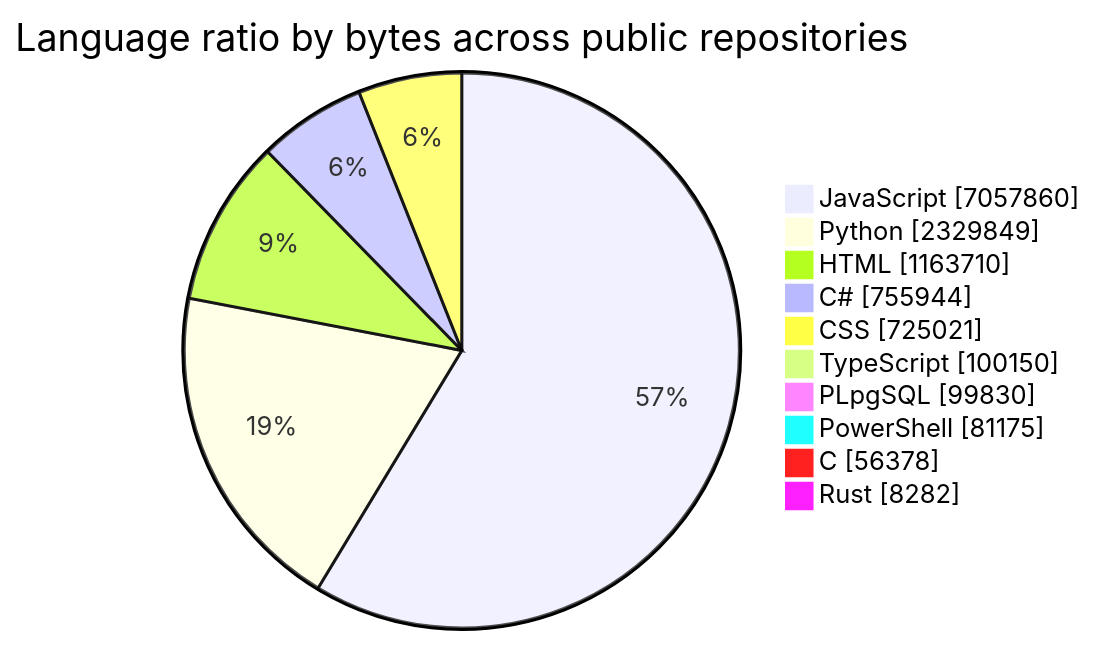
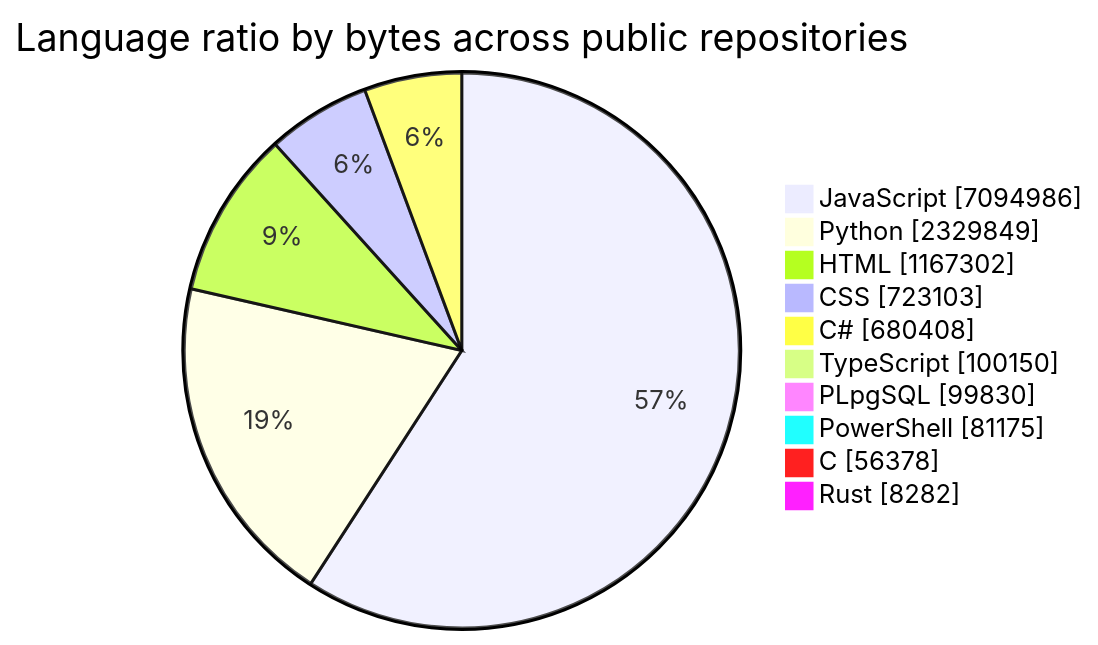
Before and after one commit to tchinso/tchinso: the first of 2 diagrams in README.md, drawn with Mermaid. The commit also changed other lines of this file, not shown here.

````diff
--- a/README.md
+++ b/README.md
@@ -27,14 +27,14 @@
 ```mermaid
 pie showData
     title Language ratio by bytes across public repositories
-    "JavaScript" : 7057860
+    "JavaScript" : 7094986
     "Python" : 2329849
-    "HTML" : 1163710
-    "C#" : 755944
-    "CSS" : 725021
+    "HTML" : 1167302
+    "CSS" : 723103
+    "C#" : 680408
     "TypeScript" : 100150
     "PLpgSQL" : 99830
     "PowerShell" : 81175
     "C" : 56378
     "Rust" : 8282
 ```
````
